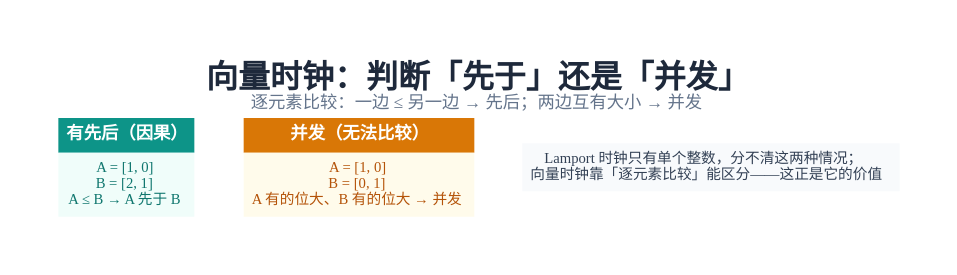
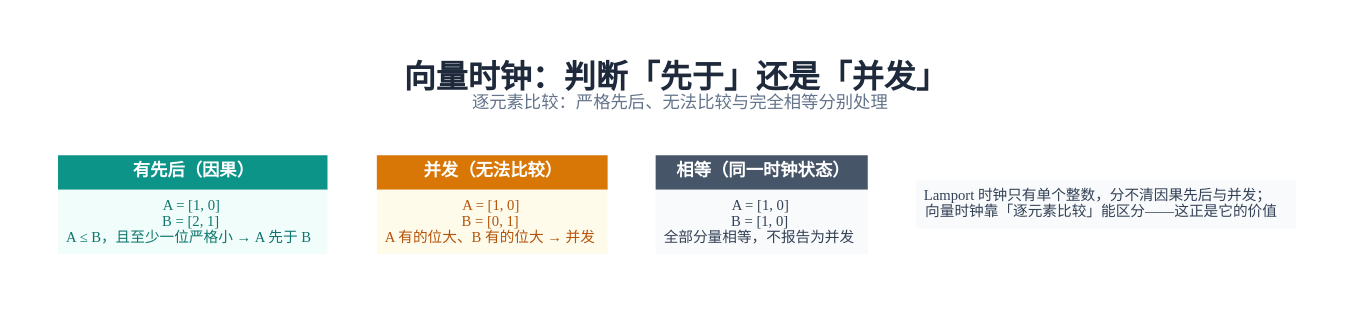
Before and after one commit to zingerWang/Jobs: the diagram in 分布式系统/images/05_vector_clock.dot, drawn with Graphviz. The commit also changed 67 other files, not shown here.

```diff
--- a/分布式系统/images/05_vector_clock.dot
+++ b/分布式系统/images/05_vector_clock.dot
@@ -1,27 +1,29 @@
 digraph vector_clock {
     rankdir=TB;
-    graph [fontname="PingFang SC", bgcolor="white", pad=0.5, nodesep=0.5, ranksep=0.5, label=<<FONT POINT-SIZE="24" COLOR="#1E293B"><B>向量时钟：判断「先于」还是「并发」</B></FONT><BR/><FONT POINT-SIZE="13" COLOR="#64748B">逐元素比较：一边 ≤ 另一边 → 先后；两边互有大小 → 并发</FONT>>, labelloc=t, fontname="PingFang SC"];
+    graph [fontname="PingFang SC", bgcolor="white", pad=0.5, nodesep=0.5, ranksep=0.5, label=<<FONT POINT-SIZE="24" COLOR="#1E293B"><B>向量时钟：判断「先于」还是「并发」</B></FONT><BR/><FONT POINT-SIZE="13" COLOR="#64748B">逐元素比较：严格先后、无法比较与完全相等分别处理</FONT>>, labelloc=t, fontname="PingFang SC"];
     node [fontname="PingFang SC", shape=plaintext, margin=0];
     edge [fontname="PingFang SC", fontsize=12, penwidth=1.6, arrowsize=0.9];
 
     causal [label=<
 <TABLE BORDER="0" CELLBORDER="0" CELLSPACING="0" CELLPADDING="0">
   <TR><TD BGCOLOR="#0D9488" COLOR="white" ALIGN="CENTER" CELLPADDING="6"><FONT COLOR="white" POINT-SIZE="13"><B>有先后（因果）</B></FONT></TD></TR>
-  <TR><TD BGCOLOR="#F0FDFA" ALIGN="CENTER" CELLPADDING="6"><FONT POINT-SIZE="11" COLOR="#0F766E">A = [1, 0]<BR/>B = [2, 1]<BR/>A ≤ B → A 先于 B</FONT></TD></TR>
+  <TR><TD BGCOLOR="#F0FDFA" ALIGN="CENTER" CELLPADDING="6"><FONT POINT-SIZE="11" COLOR="#0F766E">A = [1, 0]<BR/>B = [2, 1]<BR/>A ≤ B，且至少一位严格小 → A 先于 B</FONT></TD></TR>
 </TABLE>>];
 
     concurrent [label=<
 <TABLE BORDER="0" CELLBORDER="0" CELLSPACING="0" CELLPADDING="0">
   <TR><TD BGCOLOR="#D97706" COLOR="white" ALIGN="CENTER" CELLPADDING="6"><FONT COLOR="white" POINT-SIZE="13"><B>并发（无法比较）</B></FONT></TD></TR>
   <TR><TD BGCOLOR="#FFFBEB" ALIGN="CENTER" CELLPADDING="6"><FONT POINT-SIZE="11" COLOR="#B45309">A = [1, 0]<BR/>B = [0, 1]<BR/>A 有的位大、B 有的位大 → 并发</FONT></TD></TR>
 </TABLE>>];
 
-    { rank=same; causal; concurrent; }
+    equal [label=<<TABLE BORDER="0" CELLBORDER="0" CELLSPACING="0" CELLPADDING="6"><TR><TD BGCOLOR="#475569"><FONT COLOR="white" POINT-SIZE="13"><B>相等（同一时钟状态）</B></FONT></TD></TR><TR><TD BGCOLOR="#F8FAFC"><FONT COLOR="#334155" POINT-SIZE="11">A = [1, 0]<BR/>B = [1, 0]<BR/>全部分量相等，不报告为并发</FONT></TD></TR></TABLE>>];
+    { rank=same; causal; concurrent; equal; }
+    concurrent -> equal [style=invis];
     causal -> concurrent [style=invis];
 
     note [label=<
 <TABLE BORDER="0" CELLBORDER="0" CELLSPACING="0" CELLPADDING="0">
-  <TR><TD BGCOLOR="#F8FAFC" ALIGN="CENTER" CELLPADDING="6"><FONT POINT-SIZE="11" COLOR="#334155">Lamport 时钟只有单个整数，分不清这两种情况；<BR/>向量时钟靠「逐元素比较」能区分——这正是它的价值</FONT></TD></TR>
+  <TR><TD BGCOLOR="#F8FAFC" ALIGN="CENTER" CELLPADDING="6"><FONT POINT-SIZE="11" COLOR="#334155">Lamport 时钟只有单个整数，分不清因果先后与并发；<BR/>向量时钟靠「逐元素比较」能区分——这正是它的价值</FONT></TD></TR>
 </TABLE>>];
     concurrent -> note [style=invis, constraint=false];
 }
```
